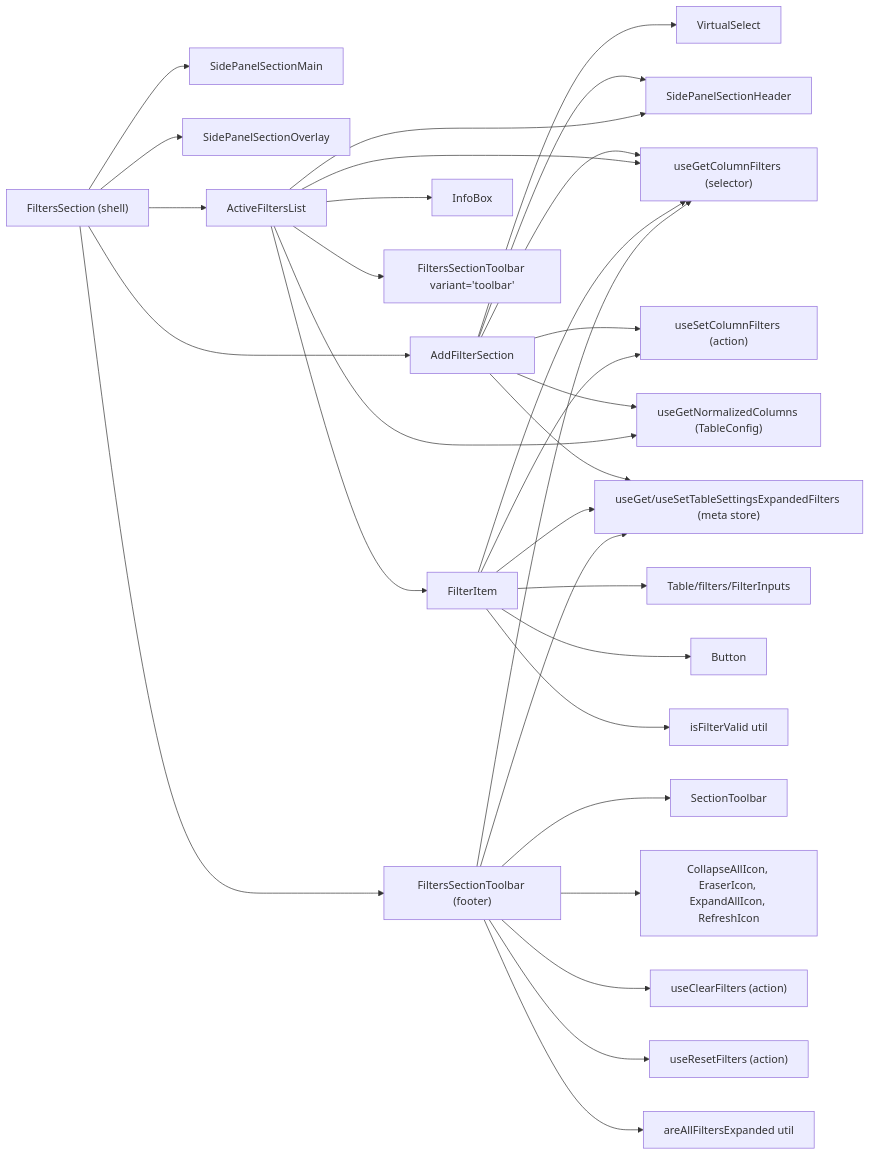
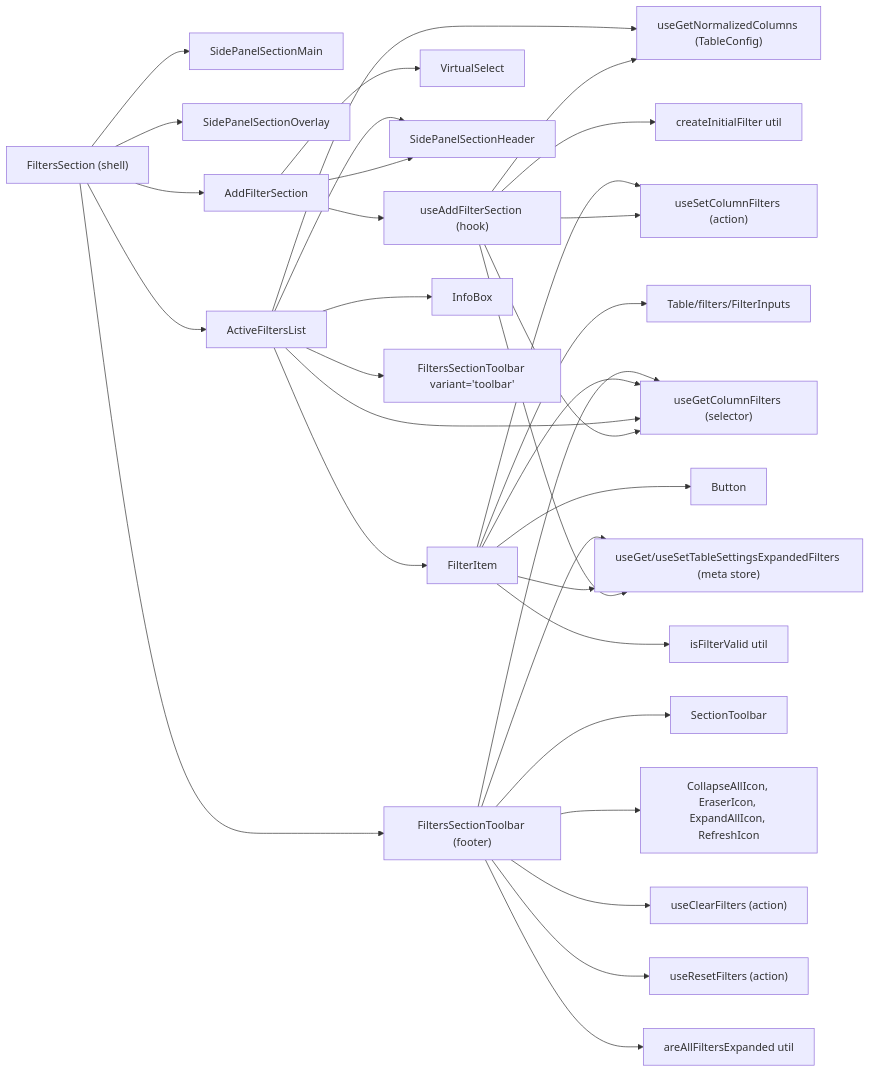
One commit to luciocabrera/lcabrera-stack changed the first of 2 diagrams in packages/ui/src/components/Table/TableSettingsDrawer/FiltersSection/ARCHITECTURE.md. Above: the diagram before and after it, drawn with Mermaid. The commit also changed other lines of this file and 5 other files, not shown here.

Commit message:
refactor(ui): implement useAddFilterSection hook for managing filter state and actions

````diff
--- a/packages/ui/src/components/Table/TableSettingsDrawer/FiltersSection/ARCHITECTURE.md
+++ b/packages/ui/src/components/Table/TableSettingsDrawer/FiltersSection/ARCHITECTURE.md
@@ -67,37 +70,39 @@
 ```mermaid
 graph LR
   FS["FiltersSection (shell)"] --> SidePanelSectionMain
   FS --> SidePanelSectionOverlay
   FS --> AddFilter["AddFilterSection"]
   FS --> ActiveFilters["ActiveFiltersList"]
   FS --> FSToolbar["FiltersSectionToolbar (footer)"]
 
   AddFilter --> VirtualSelect
   AddFilter --> SidePanelSectionHeader
-  AddFilter --> useGetColumnFilters["useGetColumnFilters (selector)"]
-  AddFilter --> useSetColumnFilters["useSetColumnFilters (action)"]
-  AddFilter --> useGetNormalizedColumns["useGetNormalizedColumns (TableConfig)"]
-  AddFilter --> metaExpanded["useGet/useSetTableSettingsExpandedFilters (meta store)"]
+  AddFilter --> useAddFilterSection["useAddFilterSection (hook)"]
+  useAddFilterSection --> useGetColumnFilters["useGetColumnFilters (selector)"]
+  useAddFilterSection --> useSetColumnFilters["useSetColumnFilters (action)"]
+  useAddFilterSection --> useGetNormalizedColumns["useGetNormalizedColumns (TableConfig)"]
+  useAddFilterSection --> metaExpanded["useGet/useSetTableSettingsExpandedFilters (meta store)"]
+  useAddFilterSection --> createInitialFilter["createInitialFilter util"]
 
   ActiveFilters --> SidePanelSectionHeader
   ActiveFilters --> InfoBox
   ActiveFilters --> FSToolbar2["FiltersSectionToolbar variant='toolbar'"]
   ActiveFilters --> useGetColumnFilters
   ActiveFilters --> useGetNormalizedColumns
   ActiveFilters --> FilterItem
 
   FilterItem --> FilterInputs["Table/filters/FilterInputs"]
   FilterItem --> Button
   FilterItem --> useGetColumnFilters
   FilterItem --> useSetColumnFilters
   FilterItem --> metaExpanded
   FilterItem --> isFilterValid["isFilterValid util"]
 
   FSToolbar --> SectionToolbar
   FSToolbar --> Icons["CollapseAllIcon, EraserIcon, ExpandAllIcon, RefreshIcon"]
   FSToolbar --> useClearFilters["useClearFilters (action)"]
   FSToolbar --> useResetFilters["useResetFilters (action)"]
   FSToolbar --> useGetColumnFilters
   FSToolbar --> metaExpanded
   FSToolbar --> areAllFiltersExpanded["areAllFiltersExpanded util"]
 ```
````
